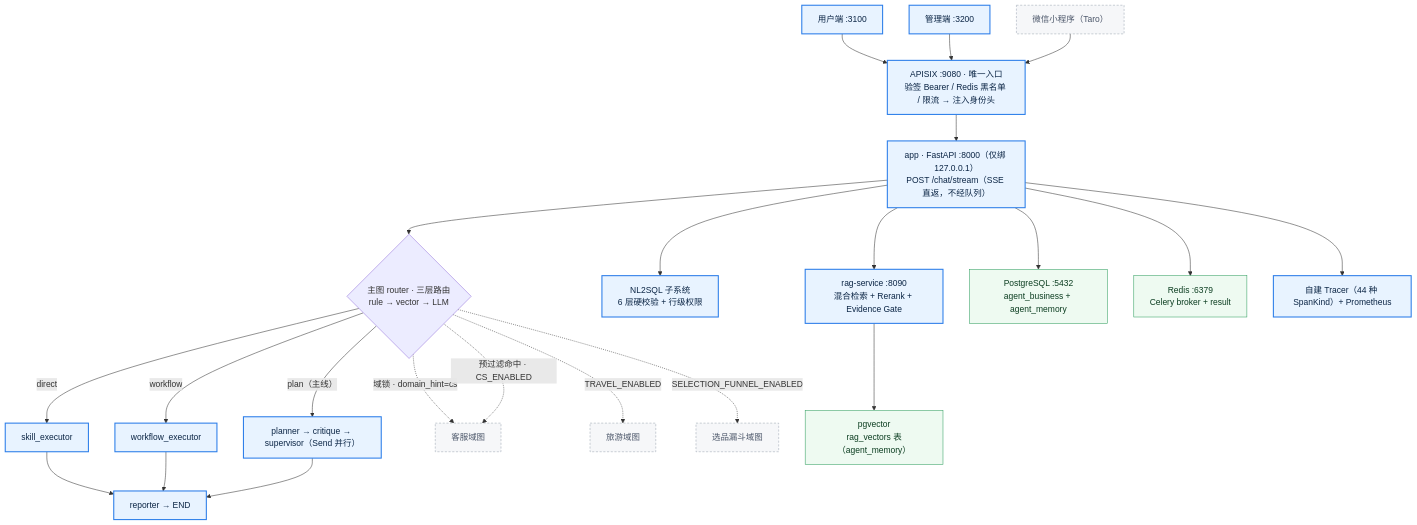
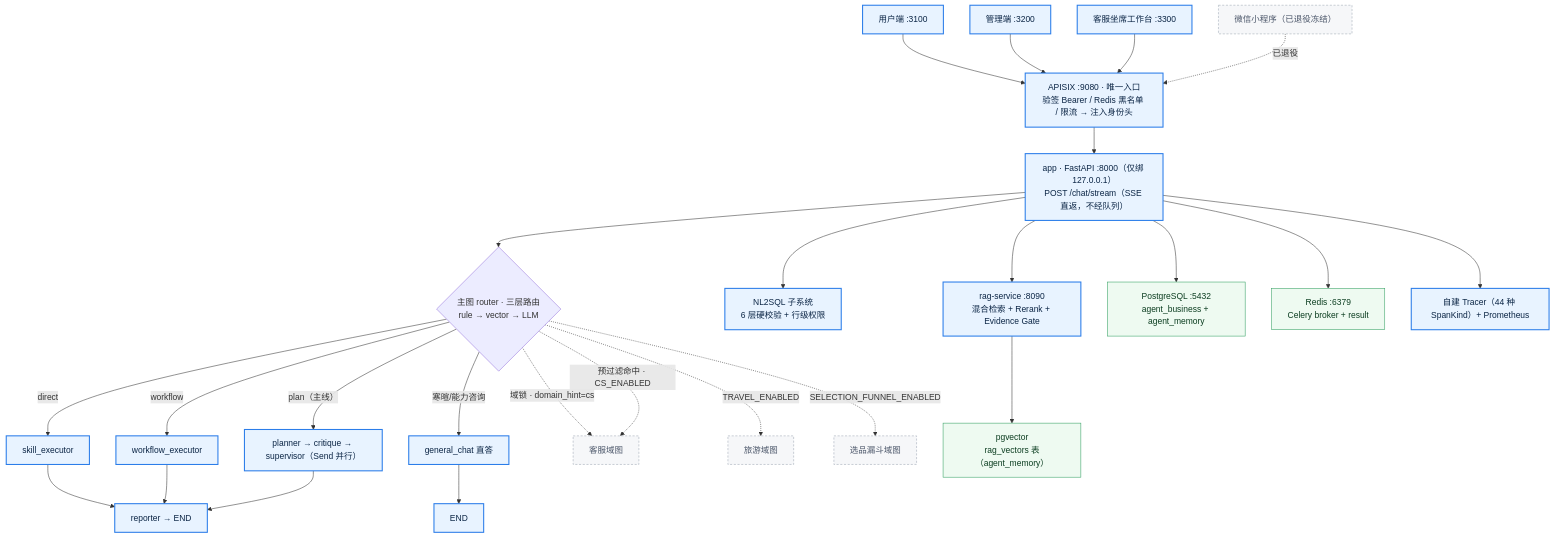
Before and after one commit to Jayus-07/agent: the diagram in README.md, drawn with Mermaid. The commit also changed other lines of this file and 1 other file, not shown here.

````diff
--- a/README.md
+++ b/README.md
@@ -14,37 +14,41 @@
 ```mermaid
 flowchart TB
     classDef main fill:#e8f3ff,stroke:#2b7de9,stroke-width:2px,color:#0b2545
     classDef ext  fill:#f6f7f9,stroke:#9aa4b2,stroke-dasharray:4 3,color:#4a5568
     classDef store fill:#eefaf1,stroke:#2f9e5f,color:#0b3d20
 
     W["用户端 :3100"]:::main
     AD["管理端 :3200"]:::main
-    MP["微信小程序（Taro）"]:::ext
+    CSW["客服坐席工作台 :3300"]:::main
+    MP["微信小程序（已退役冻结）"]:::ext
     GW["APISIX :9080 · 唯一入口<br/>验签 Bearer / Redis 黑名单 / 限流 → 注入身份头"]:::main
     APP["app · FastAPI :8000（仅绑 127.0.0.1）<br/>POST /chat/stream（SSE 直返，不经队列）"]:::main
 
     W --> GW
     AD --> GW
-    MP --> GW
+    CSW --> GW
+    MP -.->|已退役| GW
     GW --> APP
 
     APP --> ROUTER{"主图 router · 三层路由<br/>rule → vector → LLM"}
     ROUTER -->|direct| SE["skill_executor"]:::main
     ROUTER -->|workflow| WE["workflow_executor"]:::main
     ROUTER -->|"plan（主线）"| PL["planner → critique → supervisor（Send 并行）"]:::main
+    ROUTER -->|寒暄/能力咨询| GC["general_chat 直答"]:::main
     SE --> REP["reporter → END"]:::main
     WE --> REP
     PL --> REP
+    GC --> END0["END"]:::main
 
     ROUTER -.->|"域锁 · domain_hint=cs"| CS["客服域图"]:::ext
     ROUTER -.->|"预过滤命中 · CS_ENABLED"| CS
     ROUTER -.->|"TRAVEL_ENABLED"| TR["旅游域图"]:::ext
     ROUTER -.->|"SELECTION_FUNNEL_ENABLED"| SF["选品漏斗域图"]:::ext
 
     APP --> SQL["NL2SQL 子系统<br/>6 层硬校验 + 行级权限"]:::main
     APP --> RAGS["rag-service :8090<br/>混合检索 + Rerank + Evidence Gate"]:::main
     APP --> PG["PostgreSQL :5432<br/>agent_business + agent_memory"]:::store
     APP --> RD["Redis :6379<br/>Celery broker + result"]:::store
     APP --> OBS["自建 Tracer（44 种 SpanKind）+ Prometheus"]:::main
     RAGS --> CH["pgvector<br/>rag_vectors 表（agent_memory）"]:::store
 ```
````
